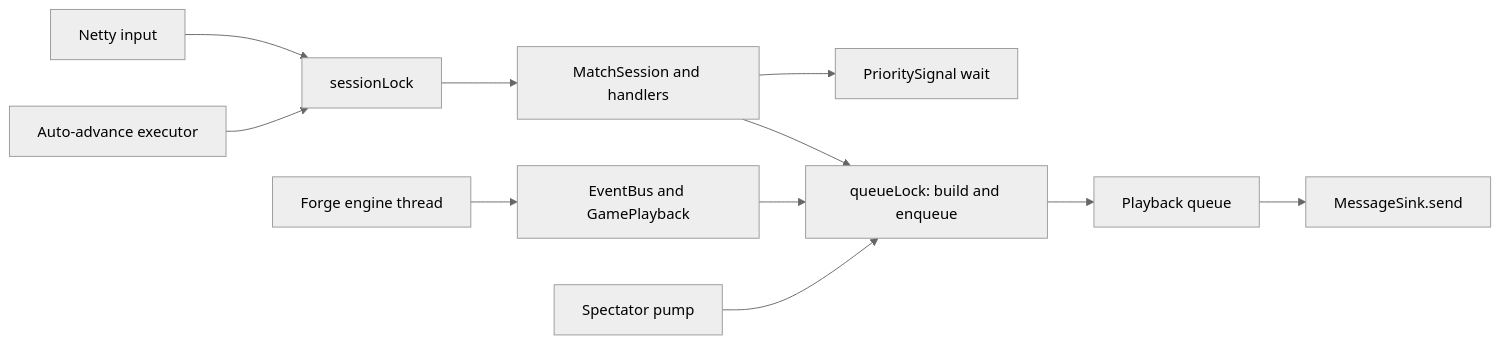
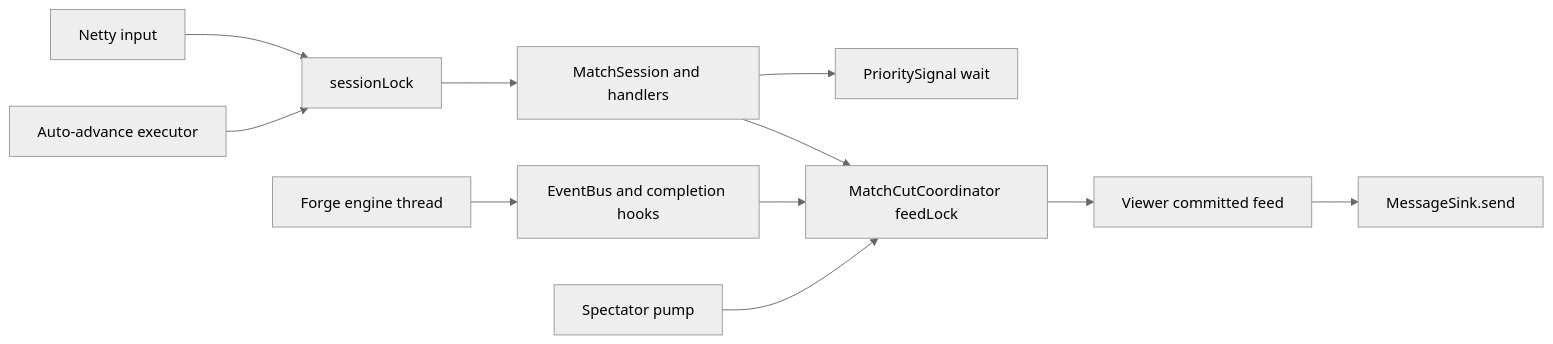
One commit to delebedev/leyline changed the first of 2 diagrams in docs/bridge-threading.md. Above: the diagram before and after it, drawn with Mermaid (neutral theme). The commit also changed other lines of this file and 98 other files, not shown here.

````diff
--- a/docs/bridge-threading.md
+++ b/docs/bridge-threading.md
@@ -59,14 +60,14 @@
 ```mermaid
 flowchart LR
     N[Netty input] --> SL[sessionLock]
     A[Auto-advance executor] --> SL
     SL --> MS[MatchSession and handlers]
     MS --> WAIT[PrioritySignal wait]
 
-    E[Forge engine thread] --> EVT[EventBus and GamePlayback]
-    EVT --> QL[queueLock: build and enqueue]
+    E[Forge engine thread] --> EVT[EventBus and completion hooks]
+    EVT --> QL[MatchCutCoordinator feedLock]
     MS --> QL
     SP[Spectator pump] --> QL
-    QL --> Q[Playback queue]
+    QL --> Q[Viewer committed feed]
     Q --> SEND[MessageSink.send]
 ```
````
